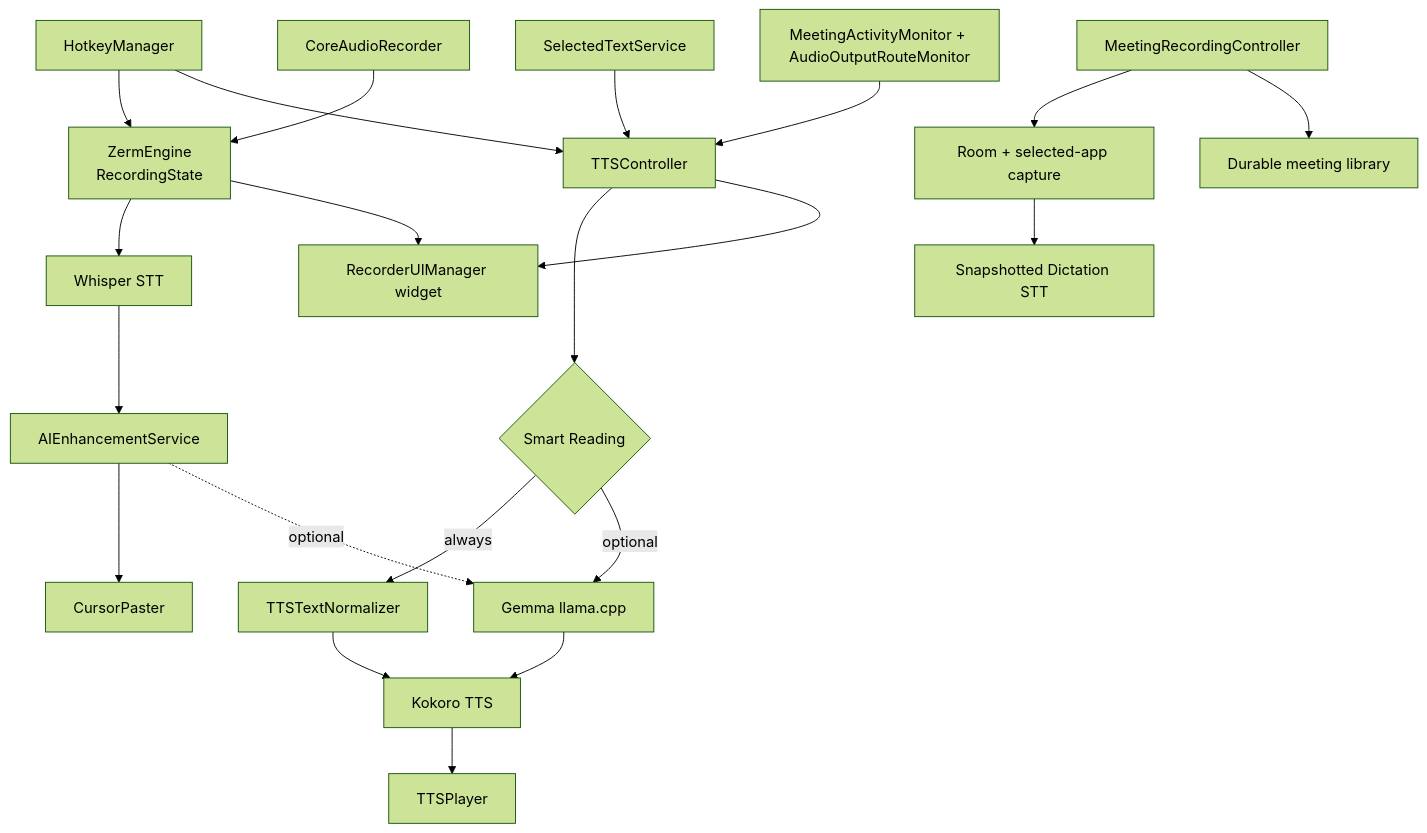
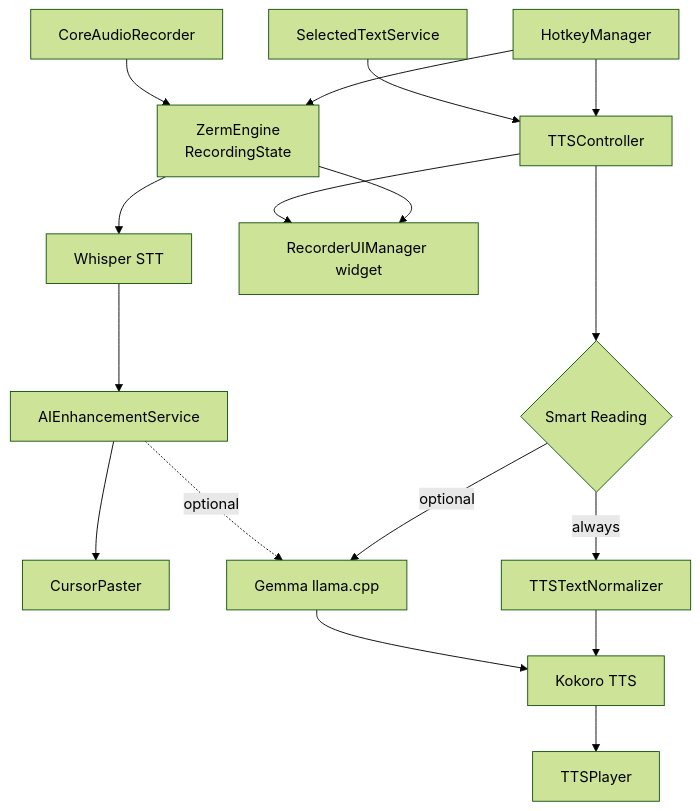
Before and after one commit to arcusis/Zerm: the first of 2 diagrams in Notebook/Zerm Architecture.md, drawn with Mermaid (forest theme). The commit also changed other lines of this file and 10 other files, not shown here.

````diff
--- a/Notebook/Zerm Architecture.md
+++ b/Notebook/Zerm Architecture.md
@@ -7,20 +7,16 @@
 ```mermaid
 flowchart TB
     HK[HotkeyManager] --> ENG[ZermEngine<br/>RecordingState]
     MIC[CoreAudioRecorder] --> ENG
     ENG --> STT[Whisper STT] --> ENH[AIEnhancementService] --> PASTE[CursorPaster]
     HK --> TC[TTSController]
     SEL[SelectedTextService] --> TC
     TC --> SR{Smart Reading}
     SR -->|always| NORM[TTSTextNormalizer]
     SR -->|optional| LLM[Gemma llama.cpp]
     NORM --> TTS[Kokoro TTS] --> PLAY[TTSPlayer]
     LLM --> TTS
     ENH -.optional.-> LLM
     ENG --> UI[RecorderUIManager widget]
     TC --> UI
-    MC[MeetingRecordingController] --> CAP[Room + selected-app capture]
-    CAP --> MSTT[Snapshotted Dictation STT]
-    MC --> LIB[Durable meeting library]
-    MON[MeetingActivityMonitor + AudioOutputRouteMonitor] --> TC
 ```
````
